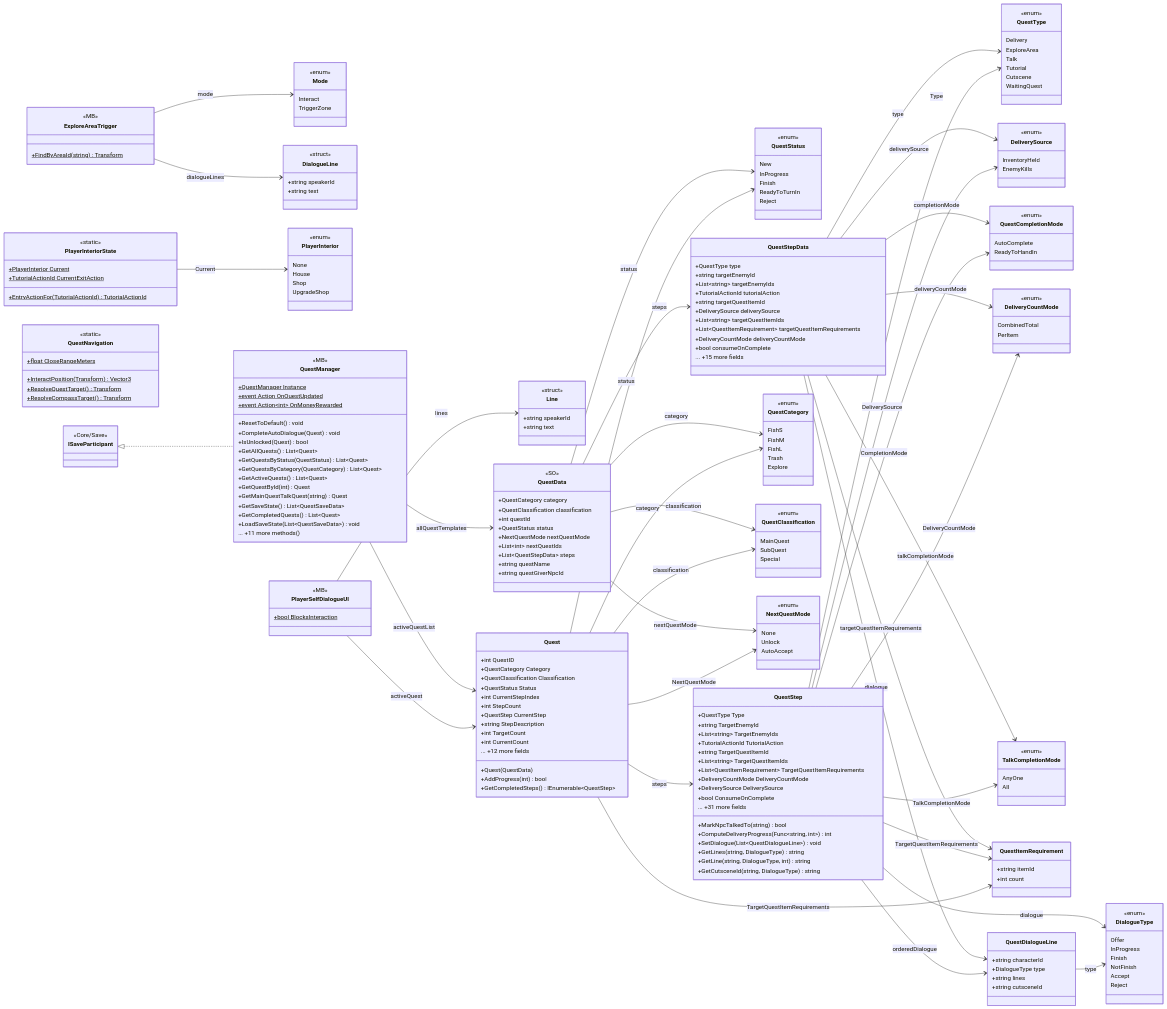
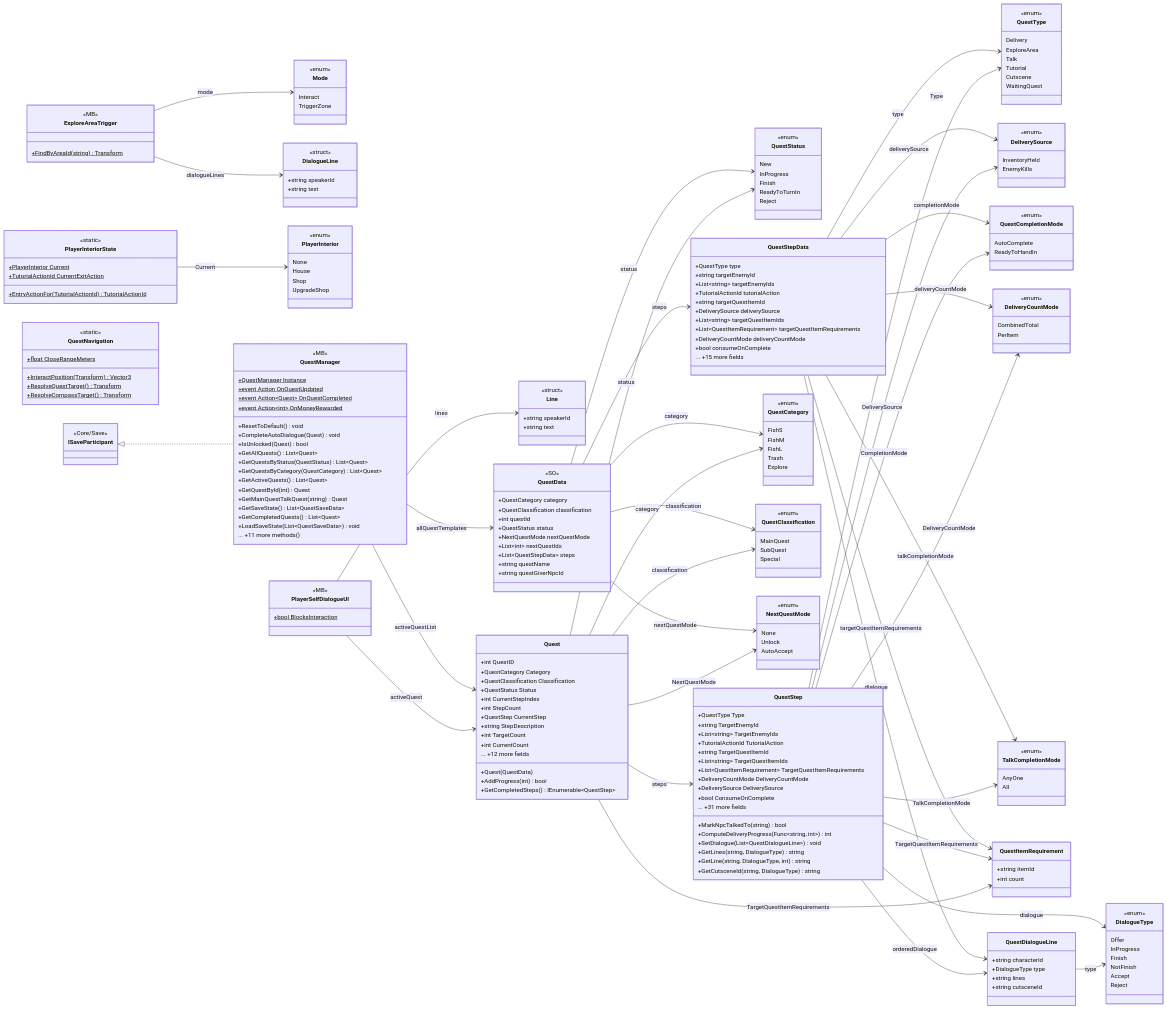
The first of 2 diagrams in docs/uml/modules/Gameplay_QuestSystems_Quest.md (PhumipatWave/project-ocean), drawn with Mermaid before and after one commit. The commit also changed other lines of this file and 531 other files, not shown here.

```diff
--- a/docs/uml/modules/Gameplay_QuestSystems_Quest.md
+++ b/docs/uml/modules/Gameplay_QuestSystems_Quest.md
@@ -185,6 +185,7 @@
     <<MB>>
     +QuestManager Instance$
     +event Action OnQuestUpdated$
+    +event Action~Quest~ OnQuestCompleted$
     +event Action~int~ OnMoneyRewarded$
     +ResetToDefault() void
     +CompleteAutoDialogue(Quest) void
```
